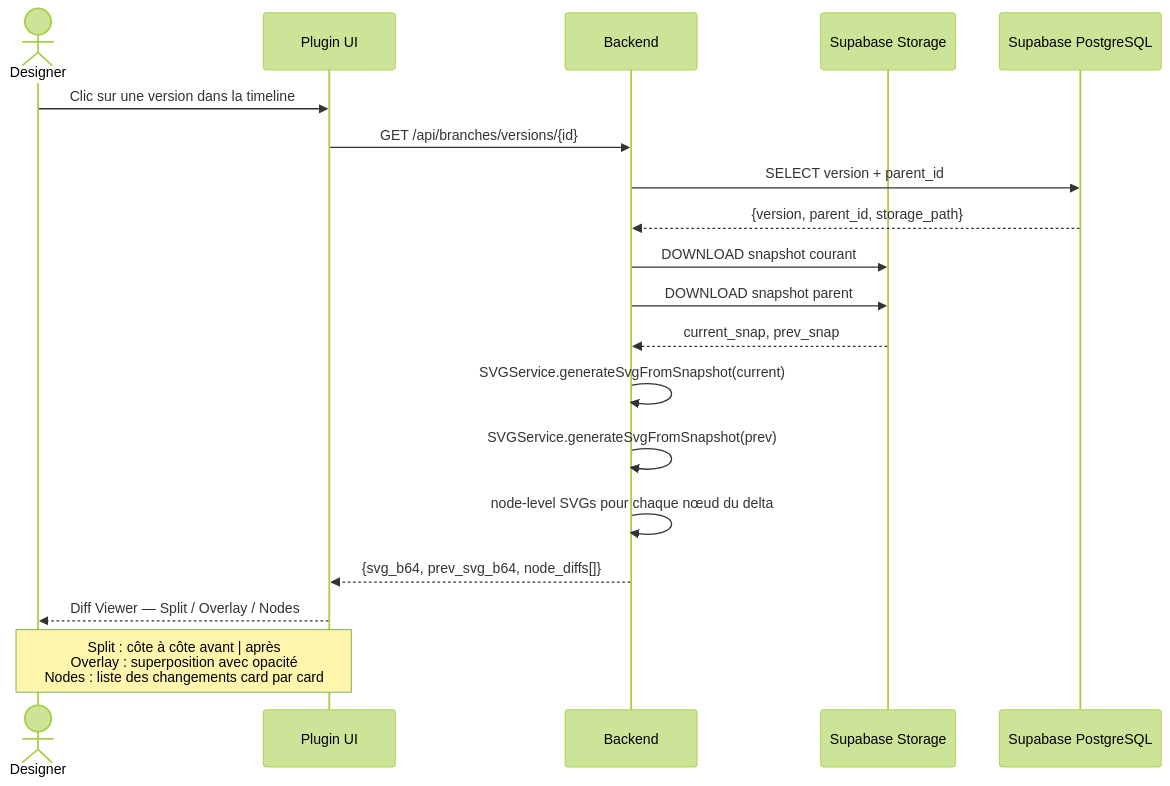
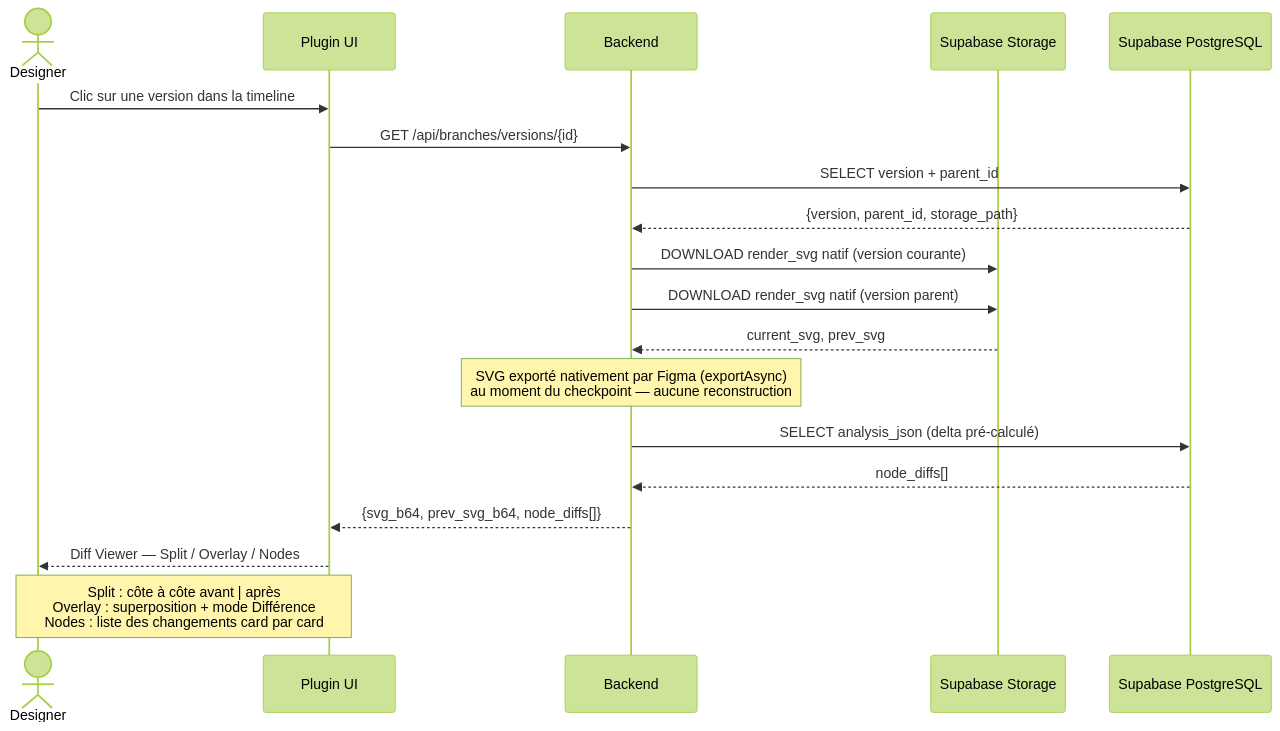
Before and after one commit to Hardi99/design-guardian: the third of 6 diagrams in docs/BC01/01-architecture.md, drawn with Mermaid (forest theme). The commit also changed other lines of this file and 2 other files, not shown here.

Commit message:
docs(BC01): update Mermaid diagrams (exportAsync SVG, 123 tests, fix deploy edge)

````diff
--- a/docs/BC01/01-architecture.md
+++ b/docs/BC01/01-architecture.md
@@ -86,22 +88,22 @@
 ```mermaid
 sequenceDiagram
     actor Designer
     participant PluginUI as Plugin UI
     participant Backend as Backend
     participant Storage as Supabase Storage
     participant DB as Supabase PostgreSQL
 
     Designer->>PluginUI: Clic sur une version dans la timeline
     PluginUI->>Backend: GET /api/branches/versions/{id}
     Backend->>DB: SELECT version + parent_id
     DB-->>Backend: {version, parent_id, storage_path}
-    Backend->>Storage: DOWNLOAD snapshot courant
-    Backend->>Storage: DOWNLOAD snapshot parent
-    Storage-->>Backend: current_snap, prev_snap
-    Backend->>Backend: SVGService.generateSvgFromSnapshot(current)
-    Backend->>Backend: SVGService.generateSvgFromSnapshot(prev)
-    Backend->>Backend: node-level SVGs pour chaque nœud du delta
+    Backend->>Storage: DOWNLOAD render_svg natif (version courante)
+    Backend->>Storage: DOWNLOAD render_svg natif (version parent)
+    Storage-->>Backend: current_svg, prev_svg
+    Note over Backend: SVG exporté nativement par Figma (exportAsync)<br/>au moment du checkpoint — aucune reconstruction
+    Backend->>DB: SELECT analysis_json (delta pré-calculé)
+    DB-->>Backend: node_diffs[]
     Backend-->>PluginUI: {svg_b64, prev_svg_b64, node_diffs[]}
     PluginUI-->>Designer: Diff Viewer — Split / Overlay / Nodes
-    Note over Designer,PluginUI: Split : côte à côte avant | après<br/>Overlay : superposition avec opacité<br/>Nodes : liste des changements card par card
+    Note over Designer,PluginUI: Split : côte à côte avant | après<br/>Overlay : superposition + mode Différence<br/>Nodes : liste des changements card par card
 ```
````
